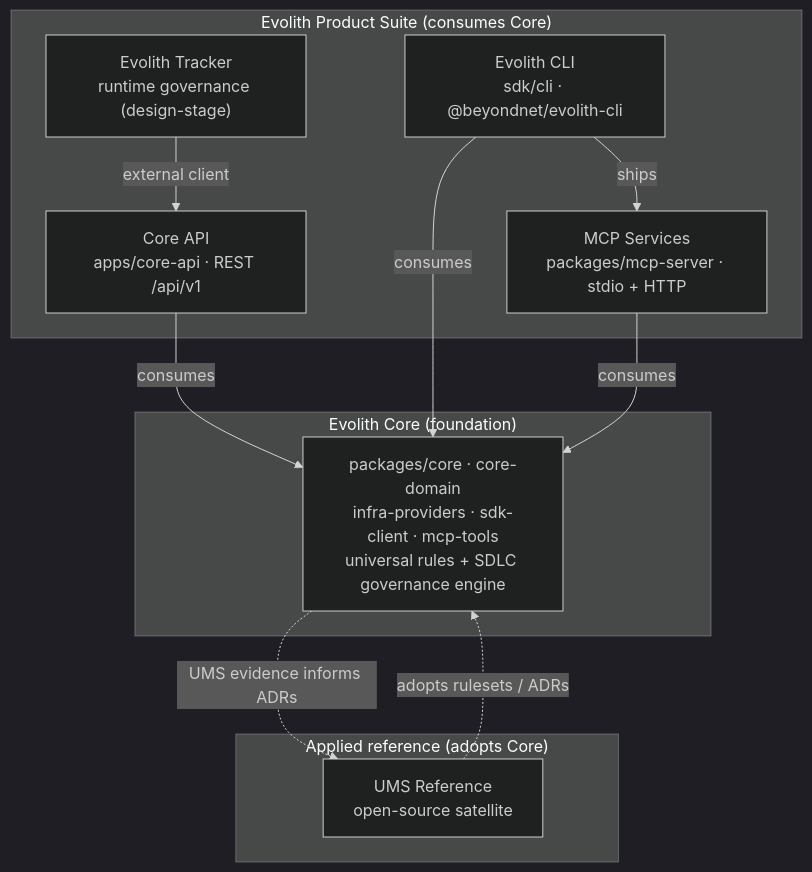
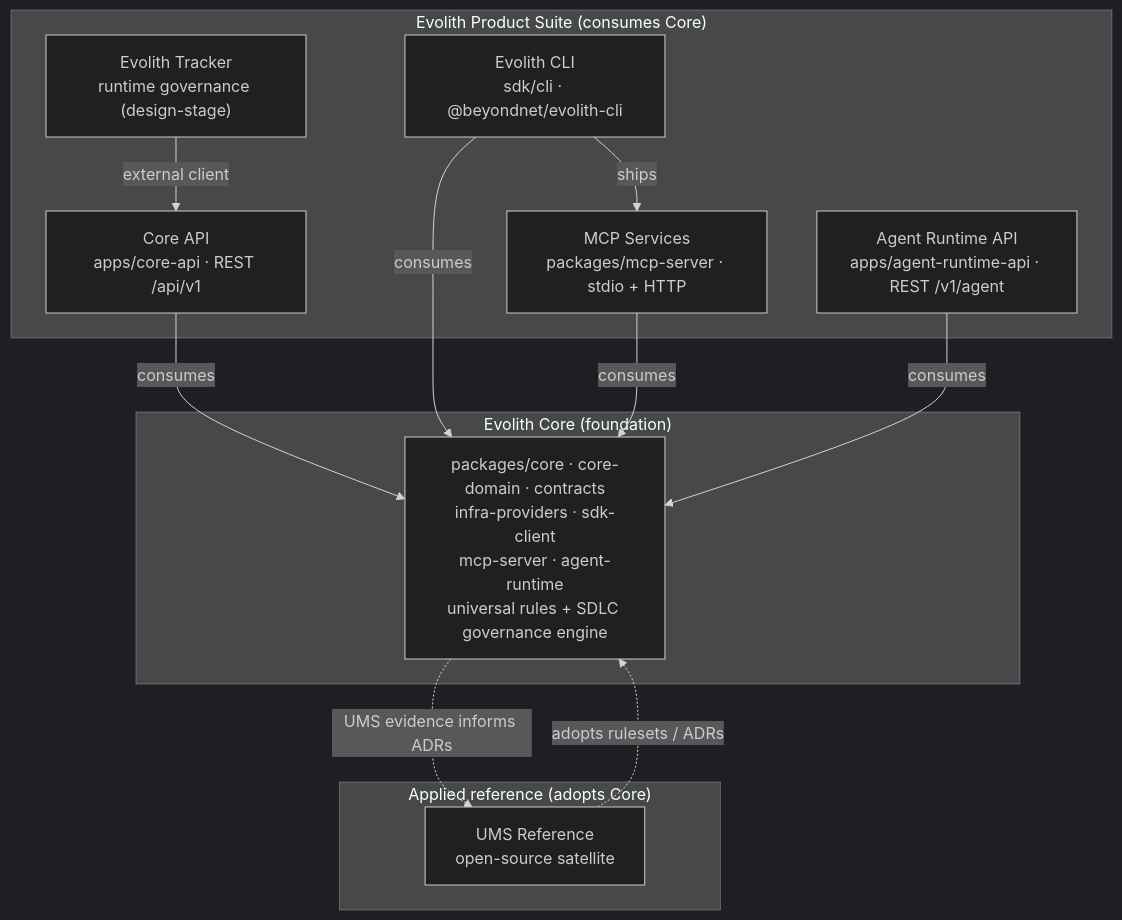
The first of 4 diagrams in product/products/ecosystem-and-communication.md (beyondnetcode/evolith_arch32), drawn with Mermaid (dark theme) before and after one commit. The commit also changed other lines of this file and 8 other files, not shown here.

````diff
--- a/product/products/ecosystem-and-communication.md
+++ b/product/products/ecosystem-and-communication.md
@@ -23,26 +23,28 @@
 ```mermaid
 graph TD
     subgraph Foundation["Evolith Core (foundation)"]
-        CORE["packages/core · core-domain<br/>infra-providers · sdk-client · mcp-tools<br/>universal rules + SDLC governance engine"]
+        CORE["packages/core · core-domain · contracts<br/>infra-providers · sdk-client<br/>mcp-server · agent-runtime<br/>universal rules + SDLC governance engine"]
     end
 
     subgraph Suite["Evolith Product Suite (consumes Core)"]
         API["Core API<br/>apps/core-api · REST /api/v1"]
         CLI["Evolith CLI<br/>sdk/cli · @beyondnet/evolith-cli"]
         MCP["MCP Services<br/>packages/mcp-server · stdio + HTTP"]
+        ART["Agent Runtime API<br/>apps/agent-runtime-api · REST /v1/agent"]
         TRK["Evolith Tracker<br/>runtime governance (design-stage)"]
     end
 
     subgraph Reference["Applied reference (adopts Core)"]
         UMS["UMS Reference<br/>open-source satellite"]
     end
 
     API -->|consumes| CORE
     CLI -->|consumes| CORE
     MCP -->|consumes| CORE
+    ART -->|consumes| CORE
     CLI -->|ships| MCP
     TRK -->|external client| API
     UMS -.->|adopts rulesets / ADRs| CORE
 
     CORE -.->|UMS evidence informs ADRs| UMS
 ```
````
